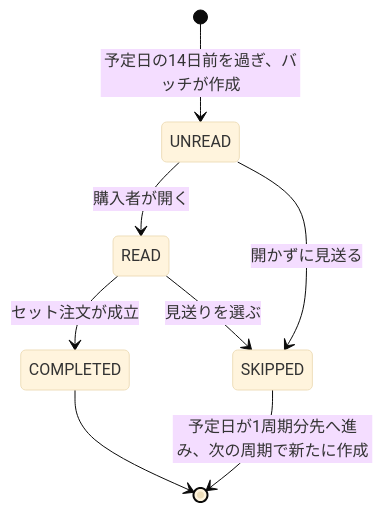
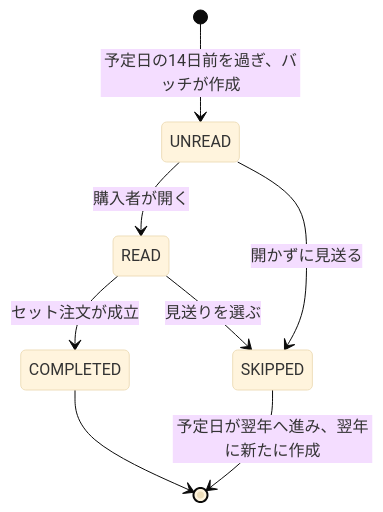
Before and after one commit to Nagaoka122/tech0-lv3-ec: diagram 12 of 15 in 設計仕様書.md, drawn with Mermaid (base theme). The commit also changed other lines of this file and 3 other files, not shown here.

````diff
--- a/設計仕様書.md
+++ b/設計仕様書.md
@@ -1052,10 +1055,10 @@
 ```mermaid
 stateDiagram-v2
     [*] --> UNREAD : 予定日の14日前を過ぎ、バッチが作成
     UNREAD --> READ : 購入者が開く
     READ --> COMPLETED : セット注文が成立
     READ --> SKIPPED : 見送りを選ぶ
     UNREAD --> SKIPPED : 開かずに見送る
     COMPLETED --> [*]
-    SKIPPED --> [*] : 予定日が1周期分先へ進み、次の周期で新たに作成
+    SKIPPED --> [*] : 予定日が翌年へ進み、翌年に新たに作成
 ```
````
